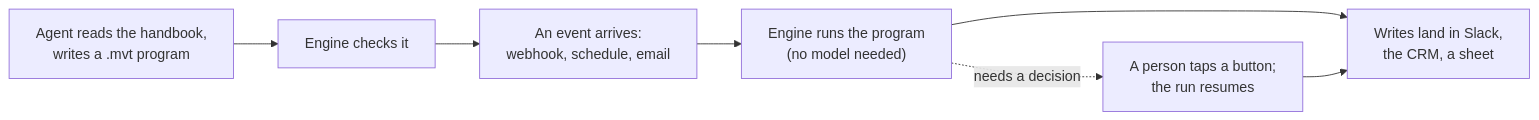
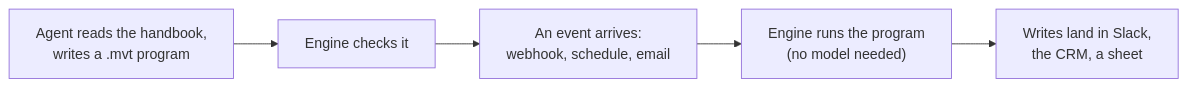
One commit to listen-fire/listen-fire changed the diagram in README.md. Above: the diagram before and after it, drawn with Mermaid. The commit also changed other lines of this file and 1 other file, not shown here.

````diff
--- a/README.md
+++ b/README.md
@@ -13,9 +13,7 @@
 ```mermaid
 flowchart LR
   A["Agent reads the handbook,<br>writes a .mvt program"] --> B["Engine checks it"]
   B --> C["An event arrives:<br>webhook, schedule, email"]
   C --> D["Engine runs the program<br>(no model needed)"]
   D --> E["Writes land in Slack,<br>the CRM, a sheet"]
-  D -. "needs a decision" .-> F["A person taps a button;<br>the run resumes"]
-  F --> E
 ```
````
